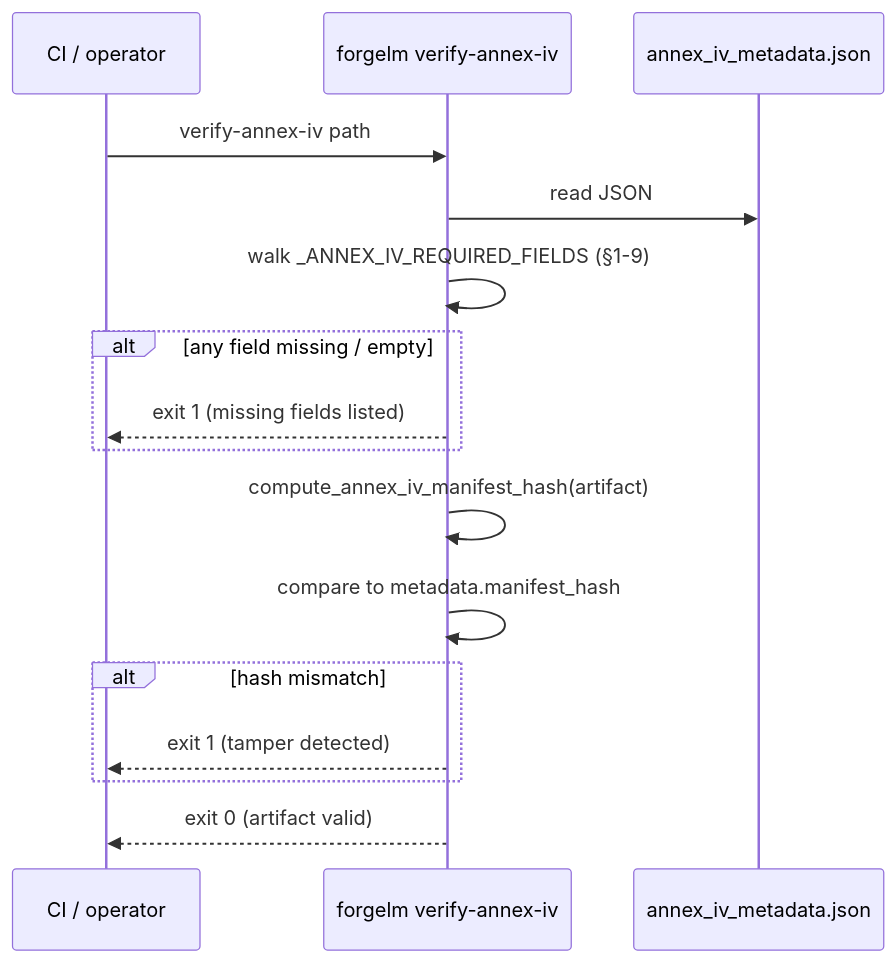
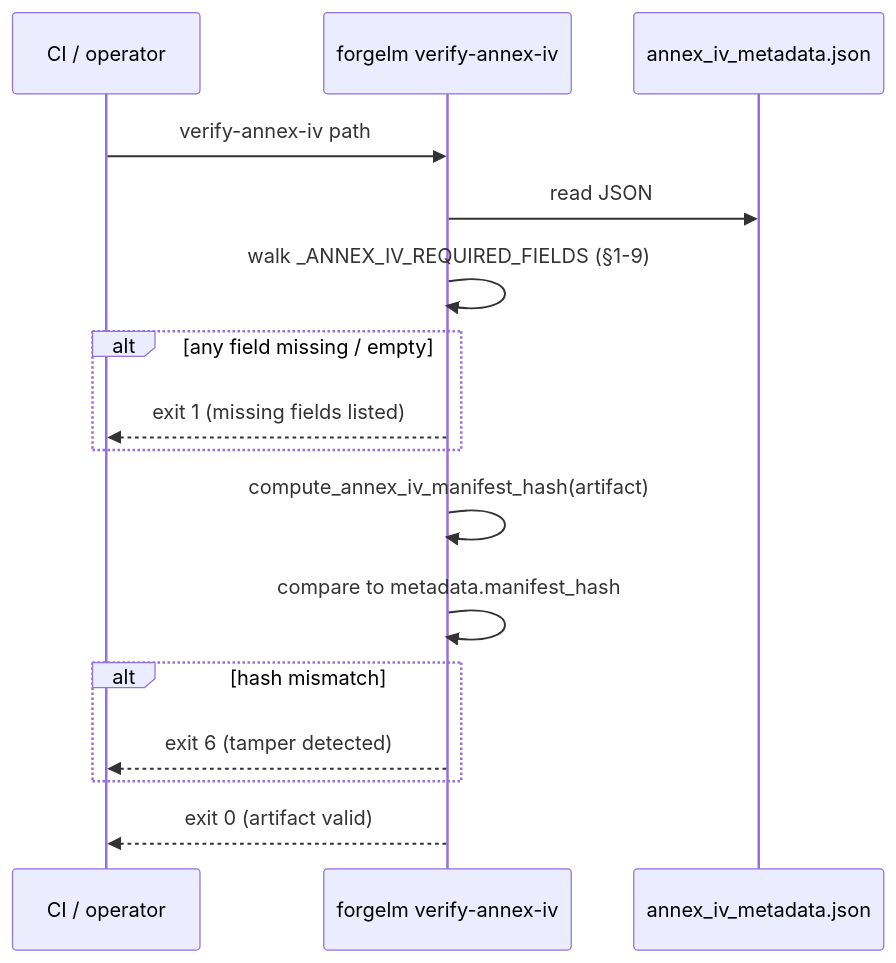
Before and after one commit to HodeTech/ForgeLM: the diagram in docs/usermanuals/en/compliance/annex-iv.md, drawn with Mermaid. The commit also changed other lines of this file and 32 other files, not shown here.

````diff
--- a/docs/usermanuals/en/compliance/annex-iv.md
+++ b/docs/usermanuals/en/compliance/annex-iv.md
@@ -19,19 +19,19 @@
 ```mermaid
 sequenceDiagram
     participant CI as CI / operator
     participant Verify as forgelm verify-annex-iv
     participant File as annex_iv_metadata.json
 
     CI->>Verify: verify-annex-iv path
     Verify->>File: read JSON
     Verify->>Verify: walk _ANNEX_IV_REQUIRED_FIELDS (§1-9)
     alt any field missing / empty
         Verify-->>CI: exit 1 (missing fields listed)
     end
     Verify->>Verify: compute_annex_iv_manifest_hash(artifact)
     Verify->>Verify: compare to metadata.manifest_hash
     alt hash mismatch
-        Verify-->>CI: exit 1 (tamper detected)
+        Verify-->>CI: exit 6 (tamper detected)
     end
     Verify-->>CI: exit 0 (artifact valid)
 ```
````
